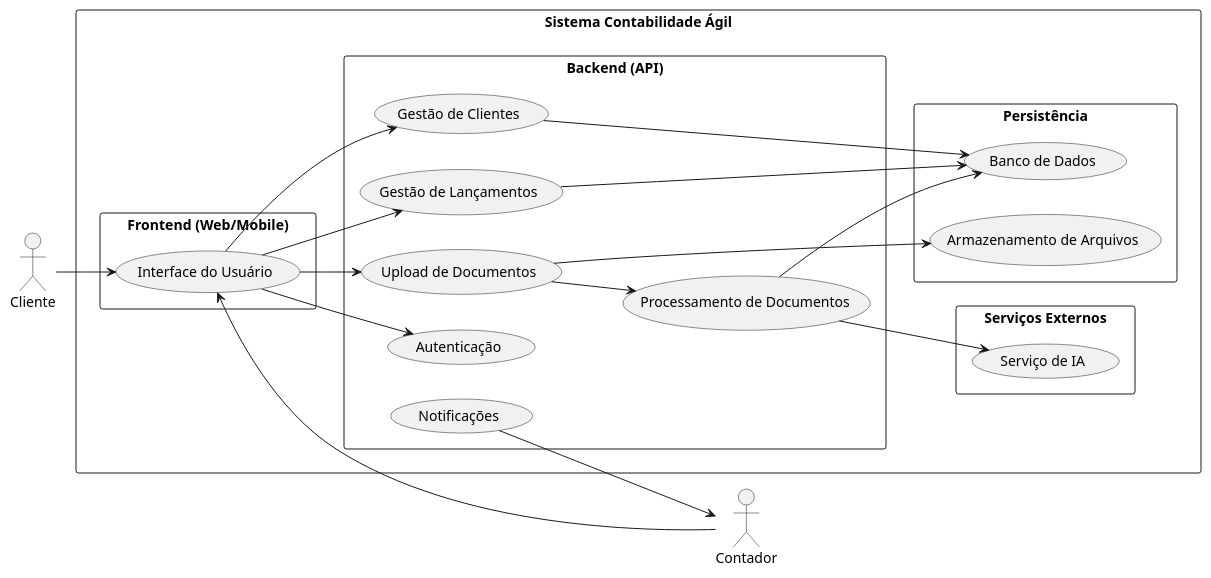
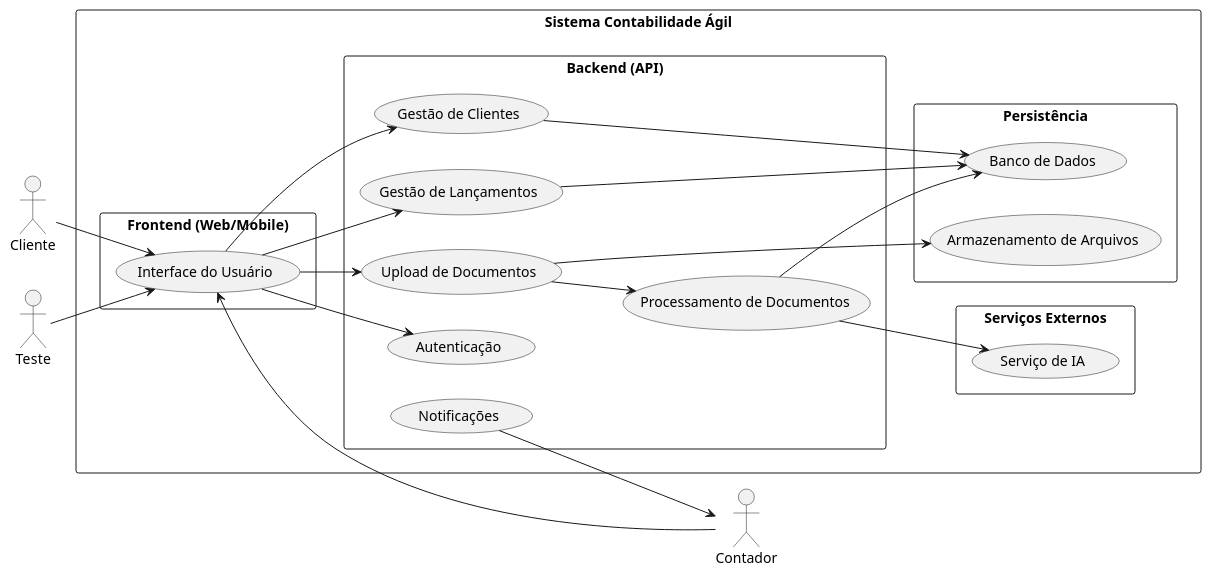
The diagram in Docs/arquitetura.puml (MGS-BR/eng-softII-2026), drawn with PlantUML before and after one commit.

```diff
--- a/Docs/arquitetura.puml
+++ b/Docs/arquitetura.puml
@@ -1,52 +1,54 @@
 @startuml
 left to right direction
 skinparam packageStyle rectangle
 
 actor Contador
 actor Cliente
+actor Teste
 
 rectangle "Sistema Contabilidade Ágil" {
 
   package "Frontend (Web/Mobile)" {
     (Interface do Usuário) as UI
   }
 
   package "Backend (API)" {
     (Autenticação) as Auth
     (Gestão de Clientes) as Clientes
     (Upload de Documentos) as Upload
     (Processamento de Documentos) as Proc
     (Gestão de Lançamentos) as Lancamentos
     (Notificações) as Notif
   }
 
   package "Serviços Externos" {
     (Serviço de IA) as IA
   }
 
   package "Persistência" {
     (Banco de Dados) as DB
     (Armazenamento de Arquivos) as Storage
   }
 }
 
 Contador --> UI
 Cliente --> UI
+Teste --> UI
 
 UI --> Auth
 UI --> Clientes
 UI --> Upload
 UI --> Lancamentos
 
 Upload --> Storage
 Upload --> Proc
 
 Proc --> IA
 Proc --> DB
 
 Clientes --> DB
 Lancamentos --> DB
 
 Notif --> Contador
 
 @enduml
```
